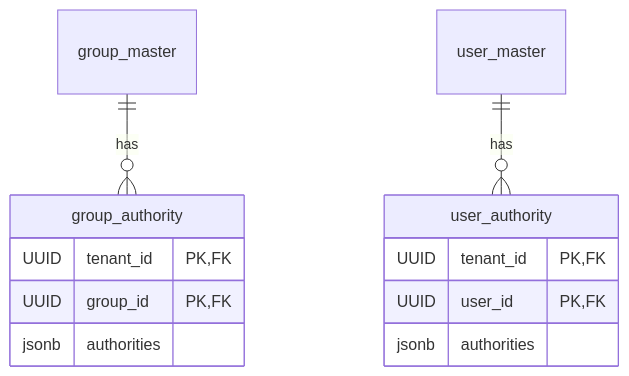
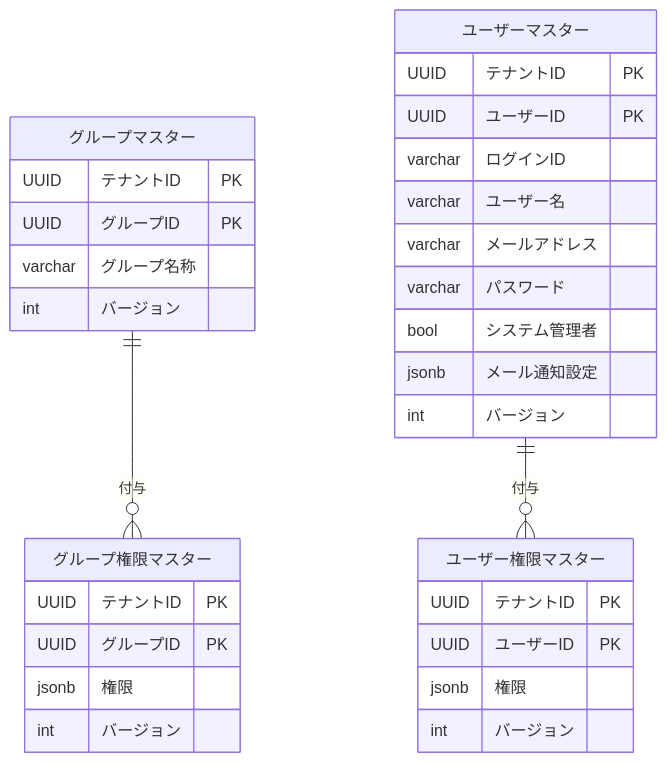
The second of 7 diagrams in spec/基本設計/エンティティ定義/内部設計/エンティティ定義.md (imlv-huandd/idcontrol), drawn with Mermaid before and after one commit. The commit also changed other lines of this file and 50 other files, not shown here.

````diff
--- a/spec/基本設計/エンティティ定義/内部設計/エンティティ定義.md
+++ b/spec/基本設計/エンティティ定義/内部設計/エンティティ定義.md
@@ -298,16 +316,35 @@
 ```mermaid
 erDiagram
-    group_master ||--o{ group_authority : "has"
-    user_master ||--o{ user_authority : "has"
+    グループマスター ||--o{ グループ権限マスター : "付与"
+    ユーザーマスター ||--o{ ユーザー権限マスター : "付与"
 
-    group_authority {
-        UUID tenant_id PK,FK
-        UUID group_id PK,FK
-        jsonb authorities
+    グループマスター {
+        UUID テナントID PK
+        UUID グループID PK
+        varchar グループ名称
+        int バージョン
     }
-    user_authority {
-        UUID tenant_id PK,FK
-        UUID user_id PK,FK
-        jsonb authorities
+    ユーザーマスター {
+        UUID テナントID PK
+        UUID ユーザーID PK
+        varchar ログインID
+        varchar ユーザー名
+        varchar メールアドレス
+        varchar パスワード
+        bool システム管理者
+        jsonb メール通知設定
+        int バージョン
+    }
+    グループ権限マスター {
+        UUID テナントID PK
+        UUID グループID PK
+        jsonb 権限
+        int バージョン
+    }
+    ユーザー権限マスター {
+        UUID テナントID PK
+        UUID ユーザーID PK
+        jsonb 権限
+        int バージョン
     }
 ```
````
